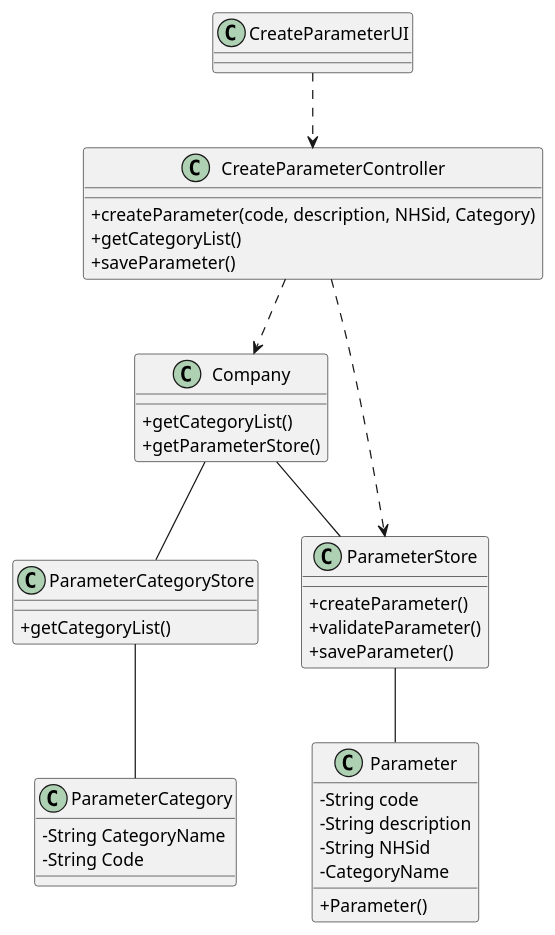
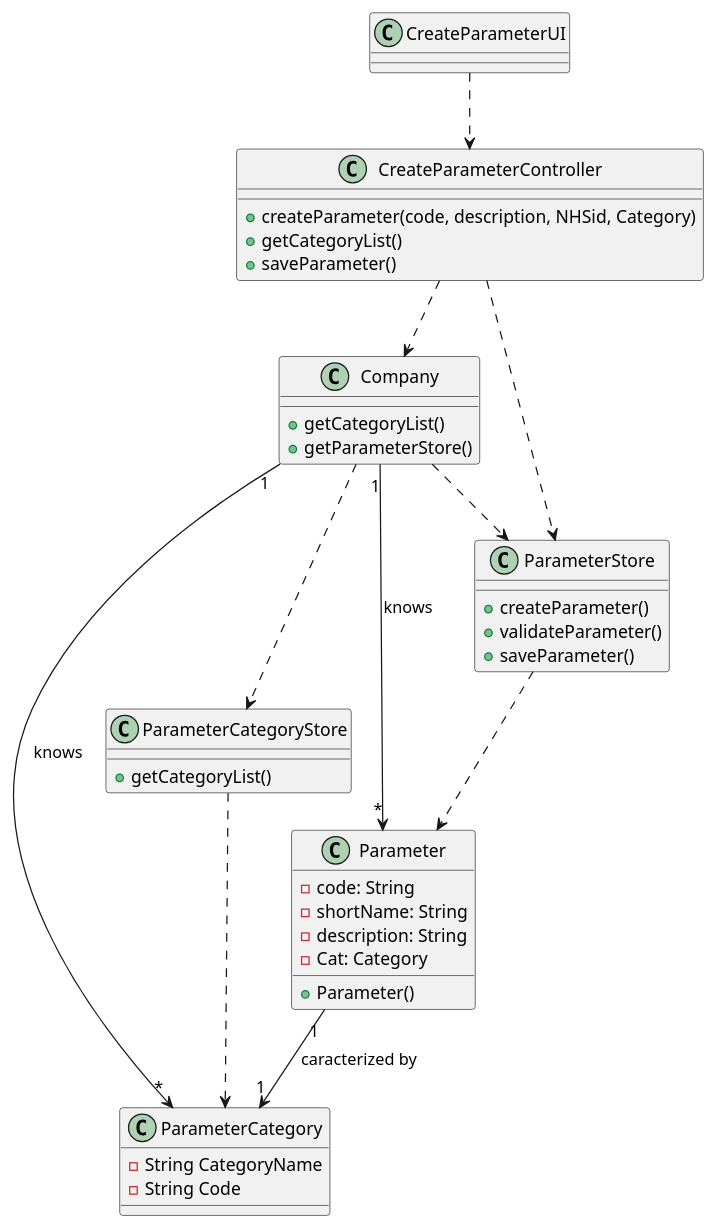
One commit to MarianaCLages/LAPR2 changed the diagram in docs/SprintB/US10/US10_CD.puml. Above: the diagram before and after it, drawn with PlantUML. The commit also changed 21 other files, not shown here.

```diff
--- a/docs/SprintB/US10/US10_CD.puml
+++ b/docs/SprintB/US10/US10_CD.puml
@@ -1,58 +1,55 @@
 @startuml
-skinparam classAttributeIconSize 0
-
 
 class ParameterCategory {
   -String CategoryName
   -String Code
 }
-
 
 class Company{
 +getCategoryList()
 +getParameterStore()
 }
 
 class CreateParameterController {
 +createParameter(code, description, NHSid, Category)
 +getCategoryList()
 +saveParameter()
 }
 
 class CreateParameterUI{
 }
 
 class ParameterCategoryStore{
 +getCategoryList()
 }
 
 class ParameterStore{
 +createParameter()
 +validateParameter()
 +saveParameter()
 }
+
 class Parameter{
--String code
--String description
--String NHSid
--CategoryName
+-code: String
+-shortName: String
+-description: String
+-Cat: Category
 +Parameter()
 }
 
 CreateParameterUI ..> CreateParameterController
 
 CreateParameterController ..> Company
 CreateParameterController ..> ParameterStore
 
-Company -- ParameterCategoryStore
-Company -- ParameterStore
+Company ..> ParameterCategoryStore
+Company ..> ParameterStore
 
-ParameterStore -- Parameter
+ParameterStore ..> Parameter
 
-ParameterCategoryStore -- ParameterCategory
+ParameterCategoryStore ..> ParameterCategory
 
-
-
-
-
+Company"1" --> "*"Parameter: knows
+Company"1" --> "*"ParameterCategory: knows
+Parameter "1" --> "1" ParameterCategory: caracterized by
 @enduml
```
